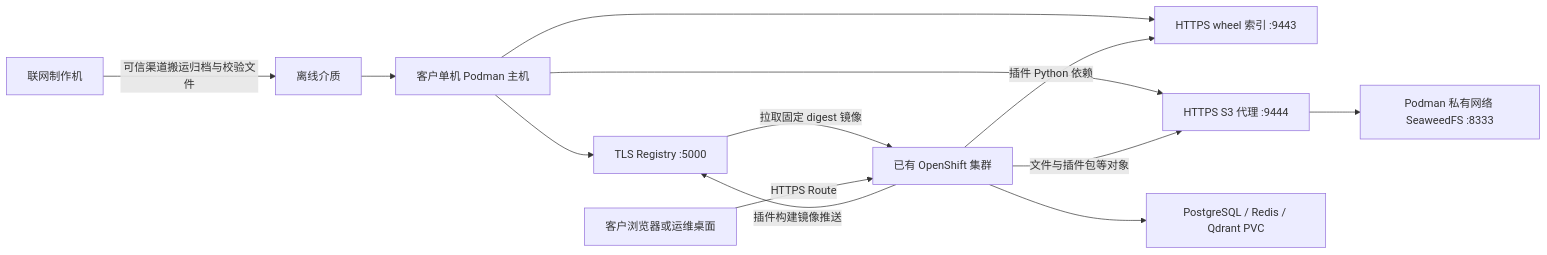
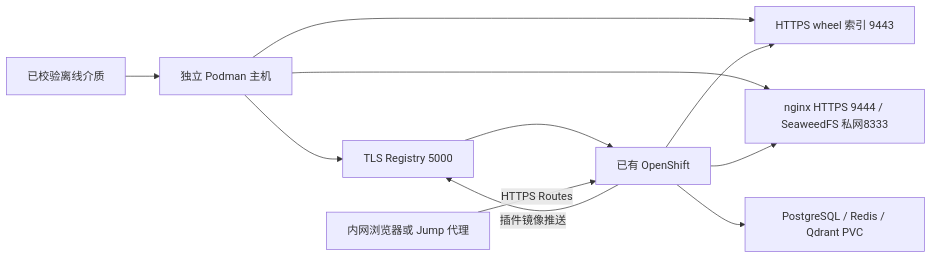
One commit to SammZhu/dify-enterprise-openshift changed the diagram in docs/disconnected-handover.md. Above: the diagram before and after it, drawn with Mermaid. The commit also changed other lines of this file and 8 other files, not shown here.

````diff
--- a/docs/disconnected-handover.md
+++ b/docs/disconnected-handover.md
@@ -27,15 +11,13 @@
 ```mermaid
 flowchart LR
-  Prep[联网制作机] -->|可信渠道搬运归档与校验文件| Media[离线介质]
-  Media --> Host[客户单机 Podman 主机]
-  Host --> Registry[TLS Registry :5000]
-  Host --> Index[HTTPS wheel 索引 :9443]
-  Host --> Proxy[HTTPS S3 代理 :9444]
-  Proxy --> Seaweed[Podman 私有网络 SeaweedFS :8333]
-  Registry -->|拉取固定 digest 镜像| OCP[已有 OpenShift 集群]
-  OCP -->|插件构建镜像推送| Registry
-  OCP -->|插件 Python 依赖| Index
-  OCP -->|文件与插件包等对象| Proxy
-  OCP --> Data[PostgreSQL / Redis / Qdrant PVC]
-  Browser[客户浏览器或运维桌面] -->|HTTPS Route| OCP
+  Media[已校验离线介质] --> Host[独立 Podman 主机]
+  Host --> Registry[TLS Registry 5000]
+  Host --> Wheel[HTTPS wheel 索引 9443]
+  Host --> S3[nginx HTTPS 9444 / SeaweedFS 私网8333]
+  Registry --> OCP[已有 OpenShift]
+  OCP -->|插件镜像推送| Registry
+  OCP --> Wheel
+  OCP --> S3
+  OCP --> DB[PostgreSQL / Redis / Qdrant PVC]
+  Browser[内网浏览器或 Jump 代理] -->|HTTPS Routes| OCP
 ```
````
